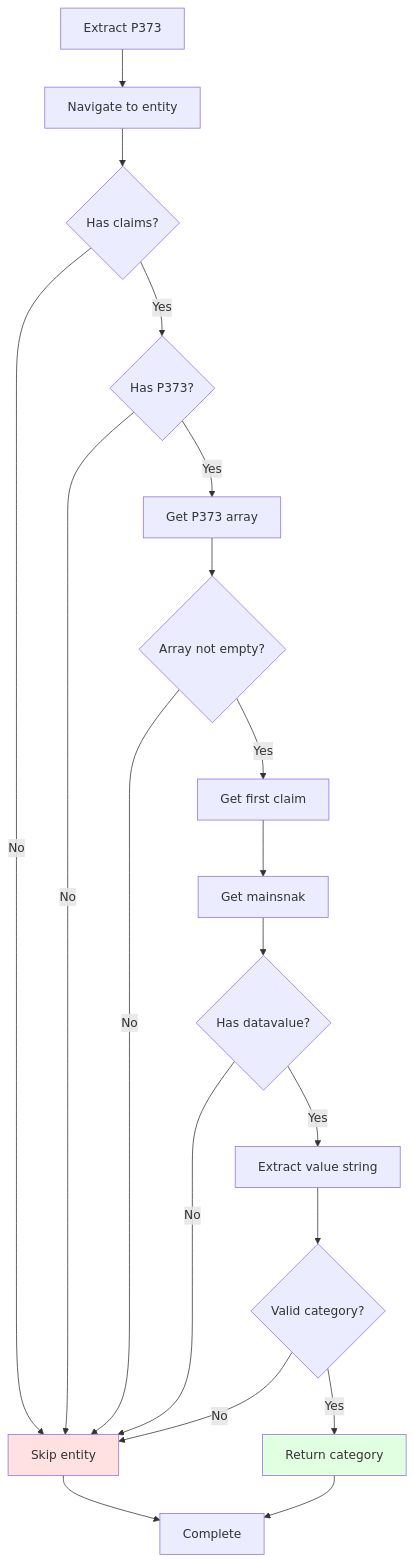
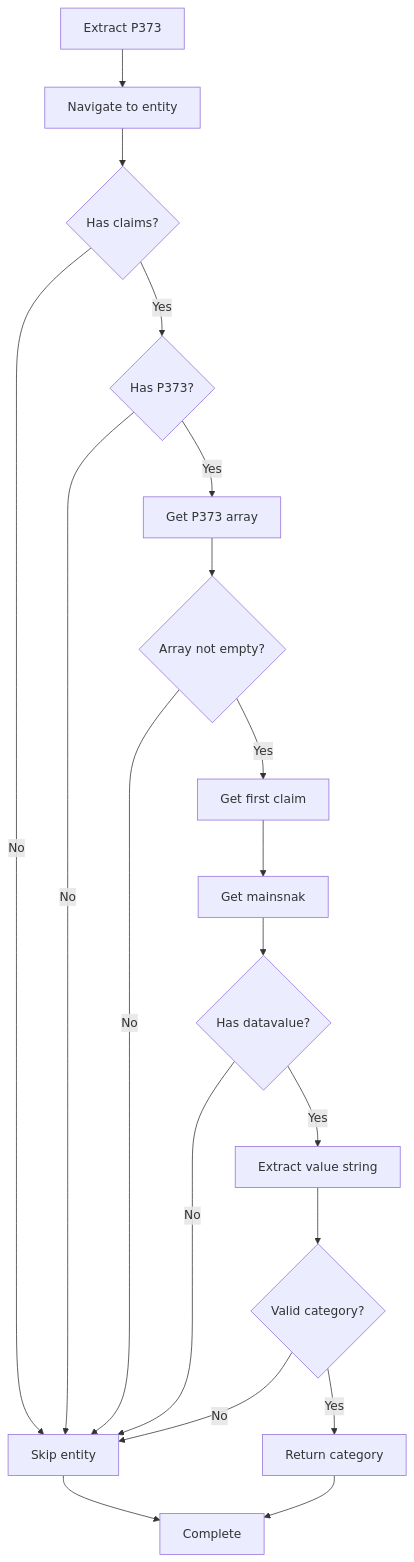
Diagram 14 of 19 in docs/import/api-interactions.md (DaxServer/geocode-commons-categories), drawn with Mermaid before and after one commit. The commit also changed other lines of this file and 5 other files, not shown here.

````diff
--- a/docs/import/api-interactions.md
+++ b/docs/import/api-interactions.md
@@ -438,34 +407,32 @@
 ```mermaid
 graph TD
     START[Extract P373] --> NAV[Navigate to entity]
     NAV --> CHECK_CLAIMS{Has claims?}
 
     CHECK_CLAIMS -->|No| SKIP[Skip entity]
     CHECK_CLAIMS -->|Yes| CHECK_P373{Has P373?}
 
     CHECK_P373 -->|No| SKIP
     CHECK_P373 -->|Yes| GET_ARRAY[Get P373 array]
 
     GET_ARRAY --> CHECK_NOT_EMPTY{Array not empty?}
 
     CHECK_NOT_EMPTY -->|No| SKIP
     CHECK_NOT_EMPTY -->|Yes| GET_FIRST[Get first claim]
 
     GET_FIRST --> GET_MAINSNAK[Get mainsnak]
 
     GET_MAINSNAK --> CHECK_VALUE{Has datavalue?}
 
     CHECK_VALUE -->|No| SKIP
     CHECK_VALUE -->|Yes| EXTRACT[Extract value string]
 
     EXTRACT --> VALIDATE{Valid category?}
 
     VALIDATE -->|No| SKIP
     VALIDATE -->|Yes| RETURN[Return category]
 
     RETURN --> END[Complete]
     SKIP --> END
 
-    style RETURN fill:#e1ffe1
-    style SKIP fill:#ffe1e1
 ```
````
